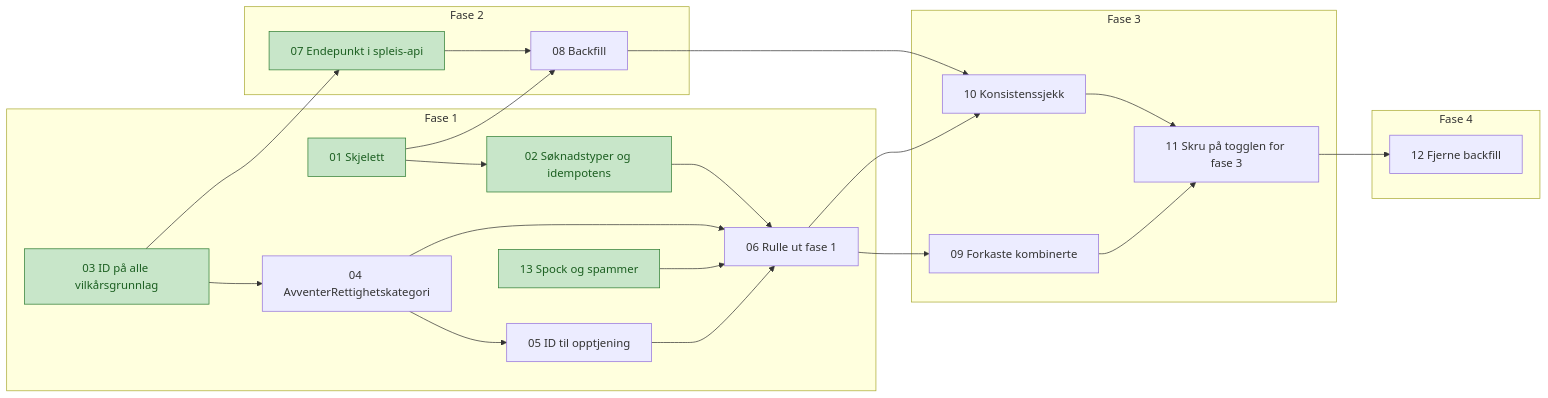
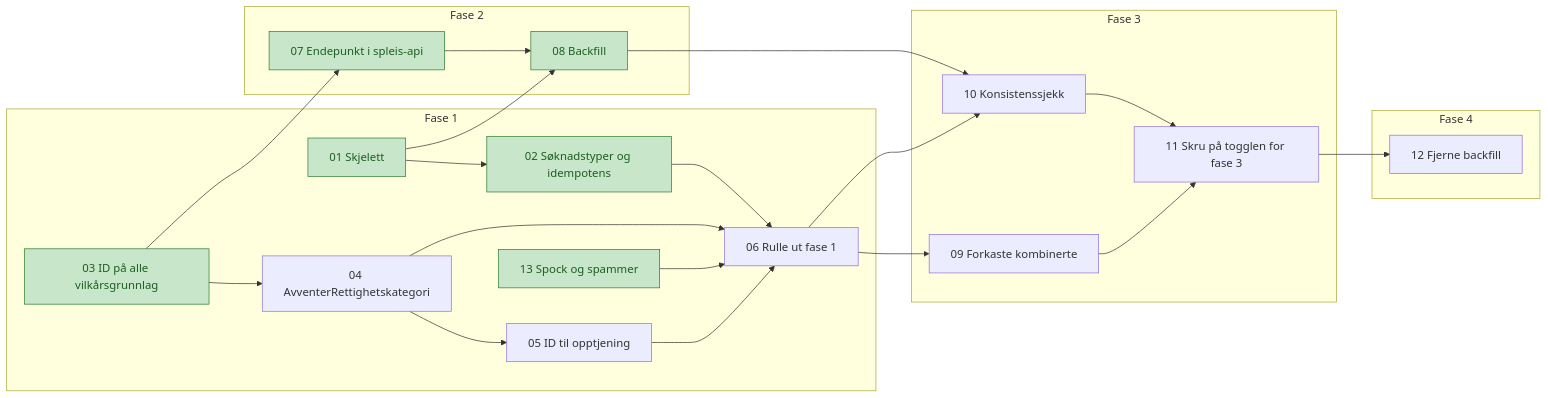
One commit to navikt/helse-sas-meta changed the diagram in docs/tickets/avklare-rettighetskategori/index.md. Above: the diagram before and after it, drawn with Mermaid. The commit also changed other lines of this file and 1 other file, not shown here.

Commit message:
📝 Ticket 08 er ferdig

````diff
--- a/docs/tickets/avklare-rettighetskategori/index.md
+++ b/docs/tickets/avklare-rettighetskategori/index.md
@@ -21,31 +21,31 @@
 ```mermaid
 flowchart LR
     subgraph F1[Fase 1]
         T01[01 Skjelett] --> T02[02 Søknadstyper og idempotens]
         T03[03 ID på alle vilkårsgrunnlag] --> T04[04 AvventerRettighetskategori]
         T04 --> T05[05 ID til opptjening]
         T02 --> T06[06 Rulle ut fase 1]
         T04 --> T06
         T05 --> T06
         T13[13 Spock og spammer] --> T06
     end
     subgraph F2[Fase 2]
         T07[07 Endepunkt i spleis-api] --> T08[08 Backfill]
     end
     subgraph F3[Fase 3]
         T09[09 Forkaste kombinerte] --> T11[11 Skru på togglen for fase 3]
         T10[10 Konsistenssjekk] --> T11
     end
     subgraph F4[Fase 4]
         T12[12 Fjerne backfill]
     end
     T03 --> T07
     T01 --> T08
     T06 --> T09
     T06 --> T10
     T08 --> T10
     T11 --> T12
 
     classDef ferdig fill:#c8e6c9,stroke:#2e7d32,color:#1b5e20
-    class T01,T02,T07,T13,T03 ferdig
+    class T01,T02,T03,T07,T08,T13 ferdig
 ```
````
